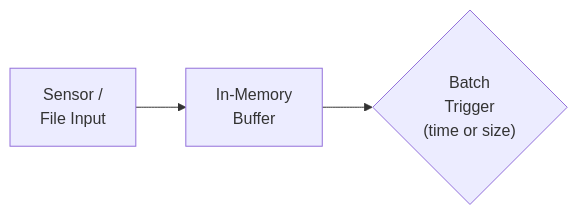
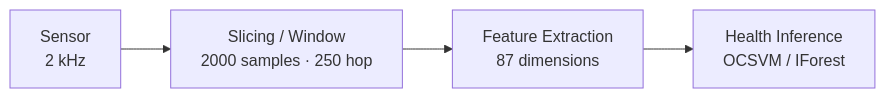
The third of 14 diagrams in content/en/projects/edge-ai-platform-ppt169/index.md (jiejiefu/blog), drawn with Mermaid before and after one commit. The commit also changed other lines of this file and 4 other files, not shown here.

````diff
--- a/content/en/projects/edge-ai-platform-ppt169/index.md
+++ b/content/en/projects/edge-ai-platform-ppt169/index.md
@@ -162,5 +167,6 @@
 ```mermaid
 flowchart LR
-    A["Sensor /<br/>File Input"] --> B["In-Memory<br/>Buffer"]
-    B --> C{"Batch<br/>Trigger<br/>(time or size)"}
+    A["Sensor<br/>2 kHz"] --> B["Slicing / Window<br/>2000 samples · 250 hop"]
+    B --> C["Feature Extraction<br/>87 dimensions"]
+    C --> D["Health Inference<br/>OCSVM / IForest"]
 ```
````
